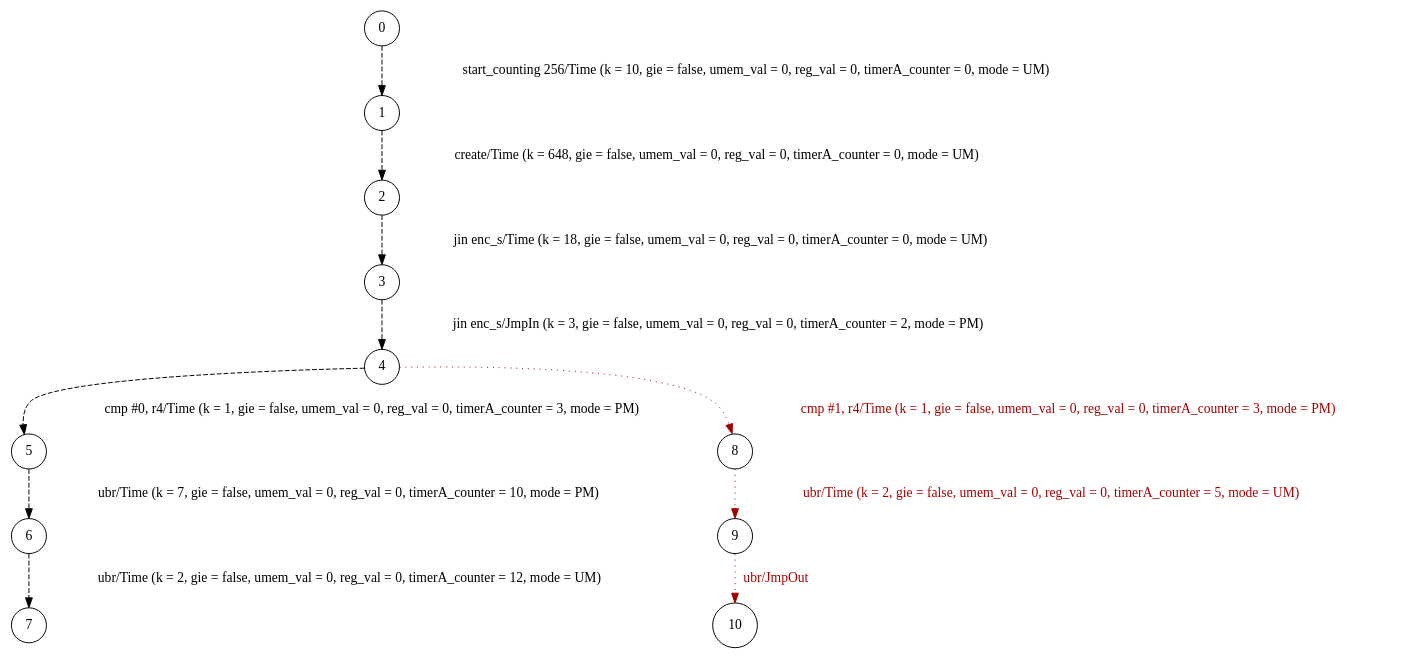
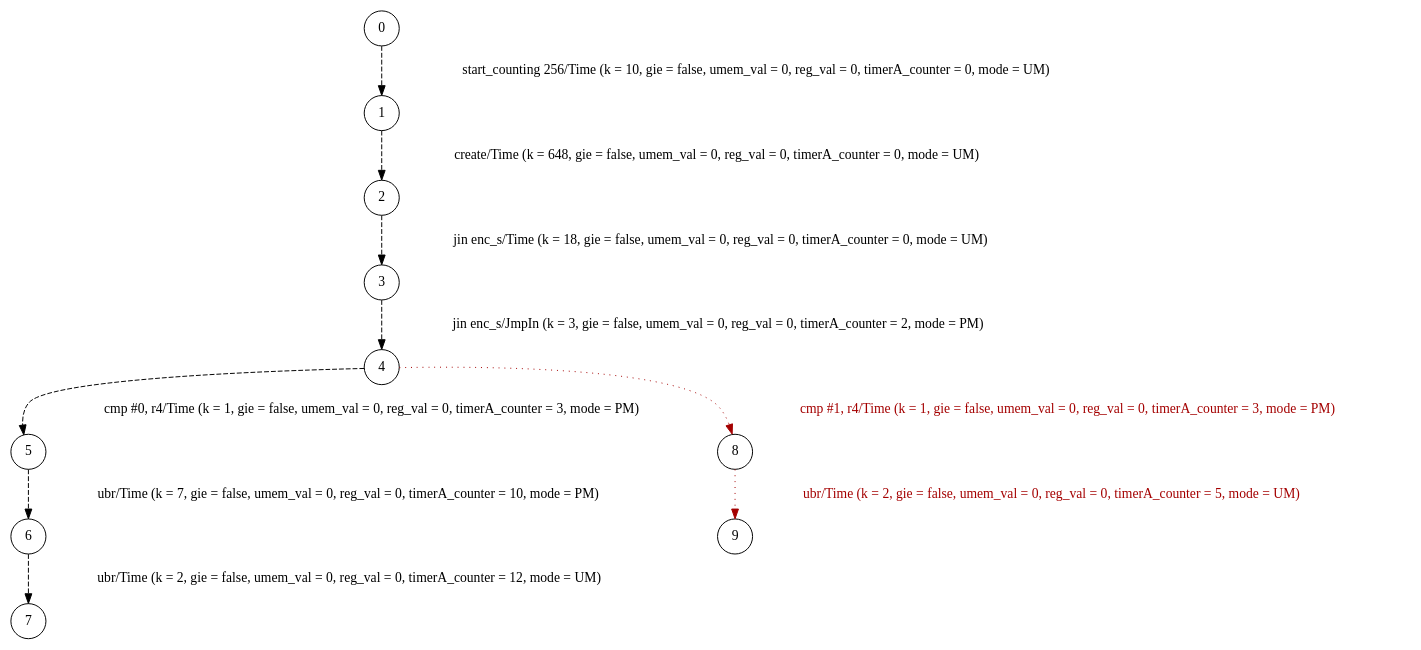
One commit to unive-alvie/alvie changed the diagram in counterexamples/example/bf89c0b-attacker_int.dot. Above: the diagram before and after it, drawn with Graphviz. The commit also changed 6 other files, not shown here.

```diff
--- a/counterexamples/example/bf89c0b-attacker_int.dot
+++ b/counterexamples/example/bf89c0b-attacker_int.dot
@@ -1,45 +1,42 @@
 digraph G {
   0 [shape=circle, ];
   1 [shape=circle, ];
   2 [shape=circle, ];
   3 [shape=circle, ];
   4 [shape=circle, ];
   5 [shape=circle, ];
   6 [shape=circle, ];
   7 [shape=circle, ];
   8 [shape=circle, ];
   9 [shape=circle, ];
-  10 [shape=circle, ];
   
   
   0 -> 1 [fontcolor="#000000", color="#000000",
           label="start_counting 256/Time (k = 10, gie = false, umem_val = 0, reg_val = 0, timerA_counter = 0, mode = UM)",
           style="dashed", ];
   1 -> 2 [fontcolor="#000000", color="#000000",
           label="create/Time (k = 648, gie = false, umem_val = 0, reg_val = 0, timerA_counter = 0, mode = UM)",
           style="dashed", ];
   2 -> 3 [fontcolor="#000000", color="#000000",
           label="jin enc_s/Time (k = 18, gie = false, umem_val = 0, reg_val = 0, timerA_counter = 0, mode = UM)",
           style="dashed", ];
   3 -> 4 [fontcolor="#000000", color="#000000",
           label="jin enc_s/JmpIn (k = 3, gie = false, umem_val = 0, reg_val = 0, timerA_counter = 2, mode = PM)",
           style="dashed", ];
   4 -> 5 [fontcolor="#000000", color="#000000",
           label="cmp #0, r4/Time (k = 1, gie = false, umem_val = 0, reg_val = 0, timerA_counter = 3, mode = PM)",
           style="dashed", ];
   4 -> 8 [fontcolor="#A40000", color="#A40000",
           label="cmp #1, r4/Time (k = 1, gie = false, umem_val = 0, reg_val = 0, timerA_counter = 3, mode = PM)",
           style="dotted", ];
   5 -> 6 [fontcolor="#000000", color="#000000",
           label="ubr/Time (k = 7, gie = false, umem_val = 0, reg_val = 0, timerA_counter = 10, mode = PM)",
           style="dashed", ];
   6 -> 7 [fontcolor="#000000", color="#000000",
           label="ubr/Time (k = 2, gie = false, umem_val = 0, reg_val = 0, timerA_counter = 12, mode = UM)",
           style="dashed", ];
   8 -> 9 [fontcolor="#A40000", color="#A40000",
           label="ubr/Time (k = 2, gie = false, umem_val = 0, reg_val = 0, timerA_counter = 5, mode = UM)",
           style="dotted", ];
-  9 -> 10 [fontcolor="#A40000", color="#A40000", label="ubr/JmpOut",
-           style="dotted", ];
   
   }
```
